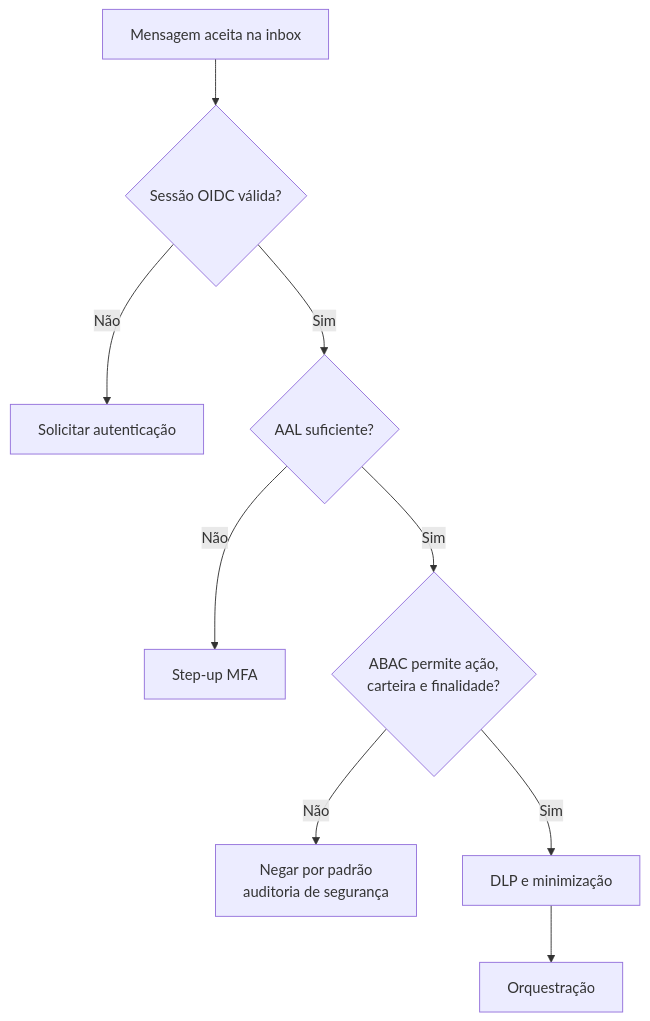
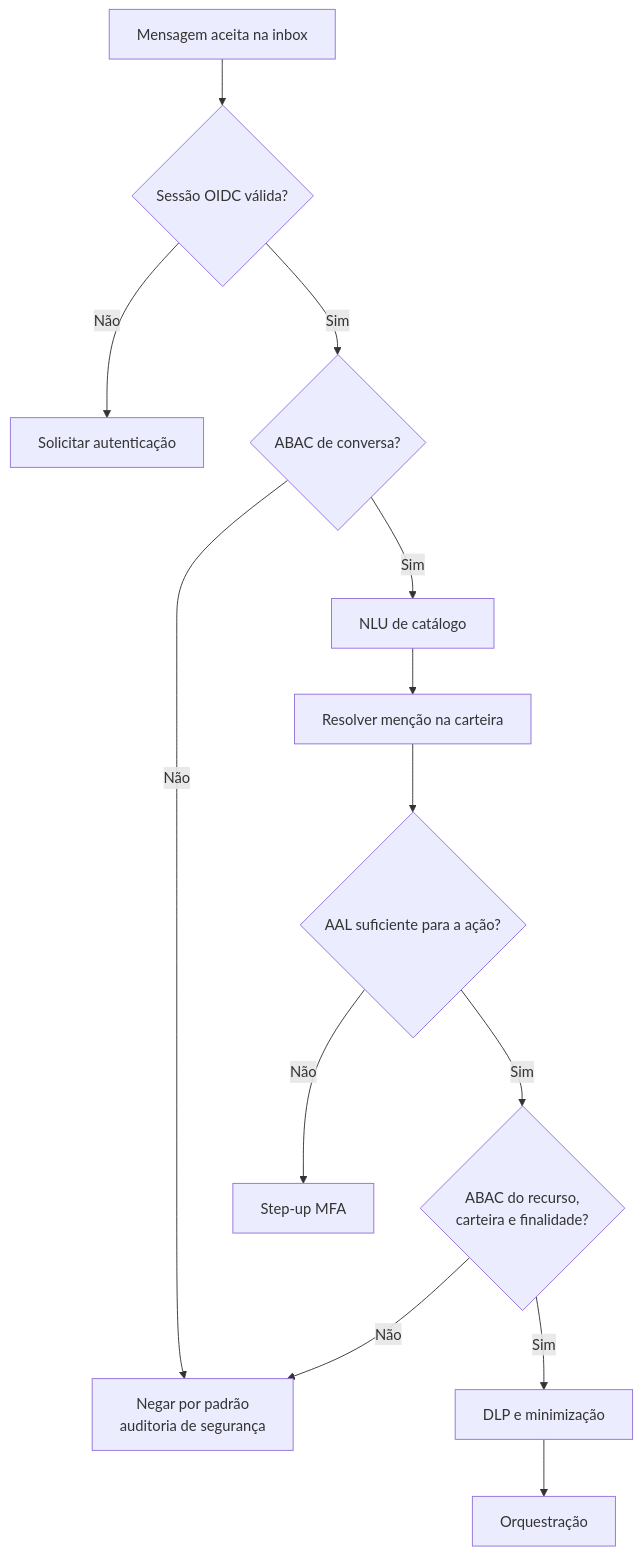
The first of 2 diagrams in docs/riscos-integracao.md (anderson-figueiredo/rtvgpt-nina), drawn with Mermaid before and after one commit. The commit also changed other lines of this file and 5 other files, not shown here.

````diff
--- a/docs/riscos-integracao.md
+++ b/docs/riscos-integracao.md
@@ -43,11 +49,15 @@
 ```mermaid
 flowchart TD
     M[Mensagem aceita na inbox] --> S{Sessão OIDC válida?}
     S -->|Não| REAUTH[Solicitar autenticação]
-    S -->|Sim| L{AAL suficiente?}
+    S -->|Sim| C{ABAC de conversa?}
+    C -->|Não| DENY[Negar por padrão<br/>auditoria de segurança]
+    C -->|Sim| NLU[NLU de catálogo]
+    NLU --> RES[Resolver menção na carteira]
+    RES --> L{AAL suficiente para a ação?}
     L -->|Não| MFA[Step-up MFA]
-    L -->|Sim| A{ABAC permite ação,<br/>carteira e finalidade?}
-    A -->|Não| DENY[Negar por padrão<br/>auditoria de segurança]
+    L -->|Sim| A{ABAC do recurso,<br/>carteira e finalidade?}
+    A -->|Não| DENY
     A -->|Sim| D[DLP e minimização]
     D --> O[Orquestração]
 ```
````
